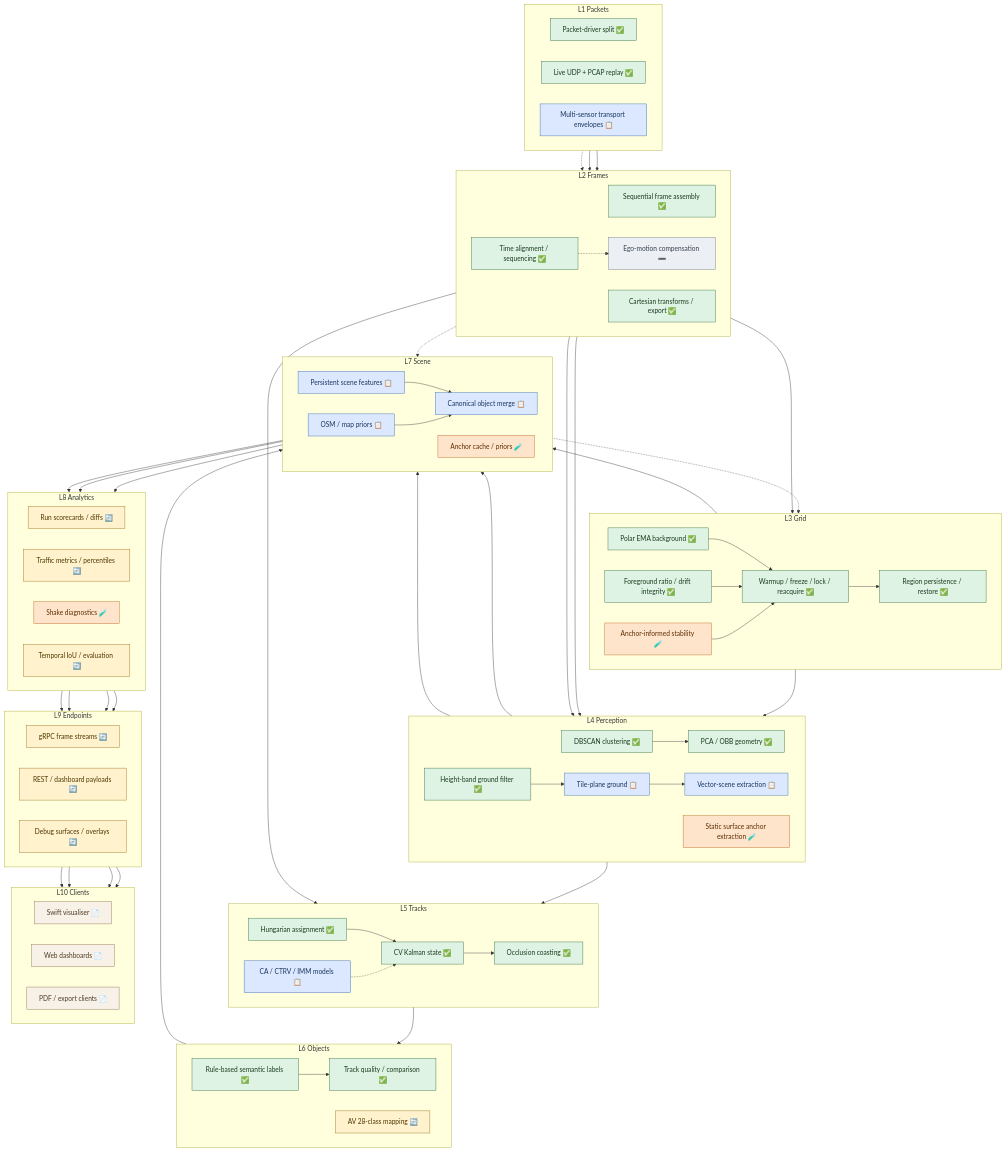
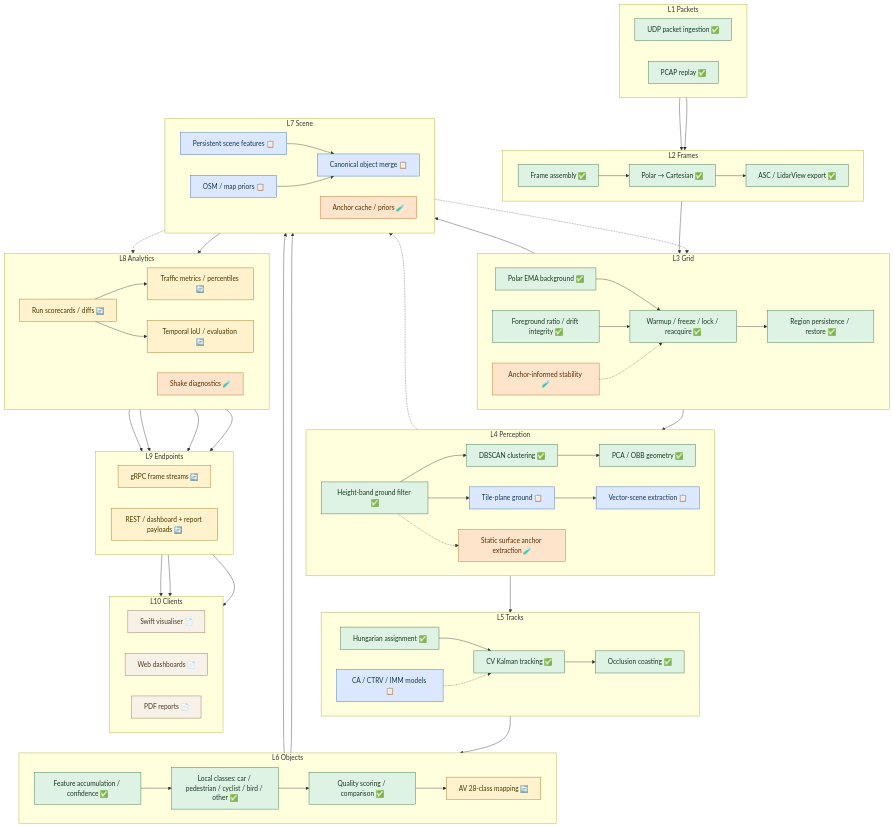
The diagram in docs/lidar/architecture/lidar-data-layer-model.md (banshee-data/velocity.report), drawn with Mermaid before and after one commit. The commit also changed other lines of this file and 1 other file, not shown here.

Commit message:
Improve lidar docs diagrams

````diff
--- a/docs/lidar/architecture/lidar-data-layer-model.md
+++ b/docs/lidar/architecture/lidar-data-layer-model.md
@@ -47,22 +47,19 @@
     classDef partial fill:#fff2cc,stroke:#9a6b16,color:#4d3600;
     classDef planned fill:#dce8ff,stroke:#3567a8,color:#17345c;
     classDef proposal fill:#ffe4cc,stroke:#b8631b,color:#5b2d00;
-    classDef reference fill:#eceff3,stroke:#6b7280,color:#374151;
     classDef client fill:#f7f1e8,stroke:#8b6f47,color:#4e3b24;
 
     subgraph L1["L1 Packets"]
         direction LR
-        A11["Packet-driver split ✅"]
-        A12["Live UDP + PCAP replay ✅"]
-        A13["Multi-sensor transport envelopes 📋"]
+        A11["UDP packet ingestion ✅"]
+        A12["PCAP replay ✅"]
     end
 
     subgraph L2["L2 Frames"]
         direction LR
-        A21["Sequential frame assembly ✅"]
-        A22["Cartesian transforms / export ✅"]
-        A23["Time alignment / sequencing ✅"]
-        A24["Ego-motion compensation ➖"]
+        A21["Frame assembly ✅"]
+        A22["Polar → Cartesian ✅"]
+        A23["ASC / LidarView export ✅"]
     end
 
     subgraph L3["L3 Grid"]
@@ -86,7 +83,7 @@
 
     subgraph L5["L5 Tracks"]
         direction LR
-        A51["CV Kalman state ✅"]
+        A51["CV Kalman tracking ✅"]
         A52["Hungarian assignment ✅"]
         A53["Occlusion coasting ✅"]
         A54["CA / CTRV / IMM models 📋"]
@@ -94,9 +91,10 @@
 
     subgraph L6["L6 Objects"]
         direction LR
-        A61["Rule-based semantic labels ✅"]
-        A62["Track quality / comparison ✅"]
-        A63["AV 28-class mapping 🔄"]
+        A61["Feature accumulation / confidence ✅"]
+        A62["Local classes: car / pedestrian / cyclist / bird / other ✅"]
+        A63["Quality scoring / comparison ✅"]
+        A64["AV 28-class mapping 🔄"]
     end
 
     subgraph L7["L7 Scene"]
@@ -118,40 +116,35 @@
     subgraph L9["L9 Endpoints"]
         direction LR
         A91["gRPC frame streams 🔄"]
-        A92["REST / dashboard payloads 🔄"]
-        A93["Debug surfaces / overlays 🔄"]
+        A92["REST / dashboard + report payloads 🔄"]
     end
 
     subgraph L10["L10 Clients"]
         direction LR
         A101["Swift visualiser 📄"]
         A102["Web dashboards 📄"]
-        A103["PDF / export clients 📄"]
+        A103["PDF reports 📄"]
     end
 
     A11 --> A21
-    A12 --> A23
-    A13 -.-> A23
+    A12 --> A21
 
+    A21 --> A22
+    A22 --> A23
     A21 --> A31
-    A22 --> A41
-    A22 --> A42
-    A23 --> A52
-    A23 -.-> A24
-    A24 -.-> A72
 
     A31 --> A32
-    A32 --> A42
     A32 --> A33
     A34 --> A32
-    A35 --> A32
+    A35 -.-> A32
+    A31 --> A41
 
     A41 --> A44
     A42 --> A43
+    A41 --> A42
     A43 --> A52
     A44 --> A45
-    A45 --> A71
-    A46 --> A74
+    A41 -.-> A46
 
     A52 --> A51
     A51 --> A53
@@ -159,30 +152,33 @@
     A53 --> A61
 
     A61 --> A62
-    A63 --> A72
+    A62 --> A63
+    A63 --> A64
+    A63 --> A71
 
+    A64 --> A72
     A33 --> A71
     A71 --> A72
     A73 --> A72
-    A74 --> A83
+    A46 -.-> A74
     A74 -.-> A35
 
     A72 --> A81
-    A72 --> A82
-    A83 --> A93
-    A84 --> A91
     A81 --> A91
+    A81 --> A82
+    A81 --> A84
+    A74 -.-> A83
     A82 --> A92
+    A83 --> A92
+    A84 --> A92
 
     A91 --> A101
     A92 --> A102
-    A93 --> A101
-    A93 --> A103
+    A92 --> A103
 
-    class A11,A12,A21,A22,A23,A31,A32,A33,A34,A41,A42,A43,A51,A52,A53,A61,A62 implemented;
-    class A63,A81,A82,A84,A91,A92,A93 partial;
-    class A13,A44,A45,A54,A71,A72,A73 planned;
+    class A11,A12,A21,A22,A23,A31,A32,A33,A34,A41,A42,A43,A51,A52,A53,A61,A62,A63 implemented;
+    class A64,A81,A82,A84,A91,A92 partial;
+    class A44,A45,A54,A71,A72,A73 planned;
     class A35,A46,A74,A83 proposal;
-    class A24 reference;
     class A101,A102,A103 client;
 ```
````
